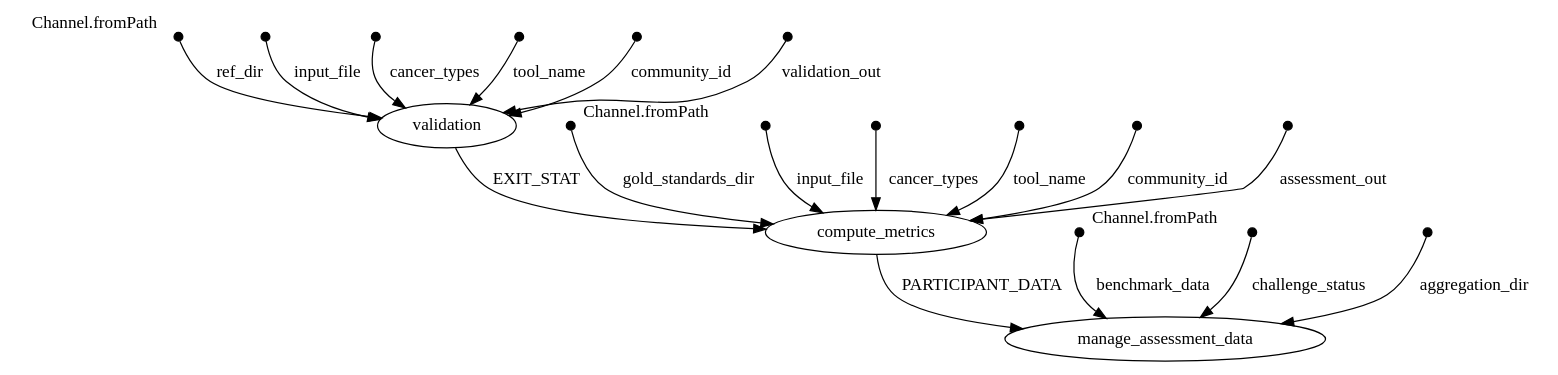
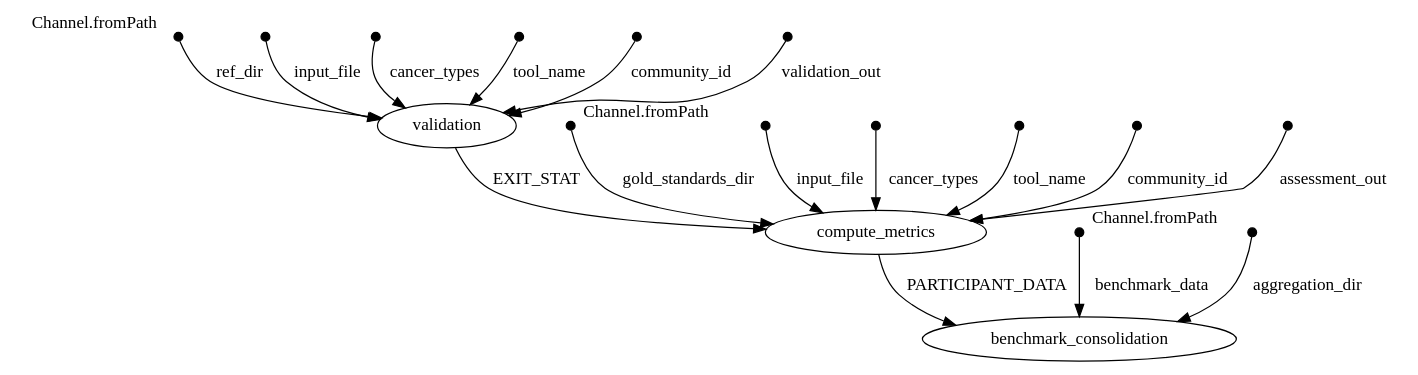
Before and after one commit to inab/TCGA_benchmarking_workflow: the diagram in sample_out/stats/DAG.dot, drawn with Graphviz. The commit also changed 293 other files, not shown here.

```diff
--- a/sample_out/stats/DAG.dot
+++ b/sample_out/stats/DAG.dot
@@ -1,70 +1,66 @@
 digraph "DAG" {
 p0 [shape=point,label="",fixedsize=true,width=0.1,xlabel="Channel.fromPath"];
 p8 [label="validation"];
 p0 -> p8 [label="ref_dir"];
 
 p1 [shape=point,label="",fixedsize=true,width=0.1,xlabel="Channel.fromPath"];
 p14 [label="compute_metrics"];
 p1 -> p14 [label="gold_standards_dir"];
 
 p2 [shape=point,label="",fixedsize=true,width=0.1,xlabel="Channel.fromPath"];
-p17 [label="manage_assessment_data"];
-p2 -> p17 [label="benchmark_data"];
+p16 [label="benchmark_consolidation"];
+p2 -> p16 [label="benchmark_data"];
 
 p3 [shape=point,label="",fixedsize=true,width=0.1];
 p8 [label="validation"];
 p3 -> p8 [label="input_file"];
 
 p4 [shape=point,label="",fixedsize=true,width=0.1];
 p8 [label="validation"];
 p4 -> p8 [label="cancer_types"];
 
 p5 [shape=point,label="",fixedsize=true,width=0.1];
 p8 [label="validation"];
 p5 -> p8 [label="tool_name"];
 
 p6 [shape=point,label="",fixedsize=true,width=0.1];
 p8 [label="validation"];
 p6 -> p8 [label="community_id"];
 
 p7 [shape=point,label="",fixedsize=true,width=0.1];
 p8 [label="validation"];
 p7 -> p8 [label="validation_out"];
 
 p8 [label="validation"];
 p14 [label="compute_metrics"];
 p8 -> p14 [label="EXIT_STAT"];
 
 p9 [shape=point,label="",fixedsize=true,width=0.1];
 p14 [label="compute_metrics"];
 p9 -> p14 [label="input_file"];
 
 p10 [shape=point,label="",fixedsize=true,width=0.1];
 p14 [label="compute_metrics"];
 p10 -> p14 [label="cancer_types"];
 
 p11 [shape=point,label="",fixedsize=true,width=0.1];
 p14 [label="compute_metrics"];
 p11 -> p14 [label="tool_name"];
 
 p12 [shape=point,label="",fixedsize=true,width=0.1];
 p14 [label="compute_metrics"];
 p12 -> p14 [label="community_id"];
 
 p13 [shape=point,label="",fixedsize=true,width=0.1];
 p14 [label="compute_metrics"];
 p13 -> p14 [label="assessment_out"];
 
 p14 [label="compute_metrics"];
-p17 [label="manage_assessment_data"];
-p14 -> p17 [label="PARTICIPANT_DATA"];
+p16 [label="benchmark_consolidation"];
+p14 -> p16 [label="PARTICIPANT_DATA"];
 
 p15 [shape=point,label="",fixedsize=true,width=0.1];
-p17 [label="manage_assessment_data"];
-p15 -> p17 [label="challenge_status"];
-
-p16 [shape=point,label="",fixedsize=true,width=0.1];
-p17 [label="manage_assessment_data"];
-p16 -> p17 [label="aggregation_dir"];
+p16 [label="benchmark_consolidation"];
+p15 -> p16 [label="aggregation_dir"];
 
 }
```
